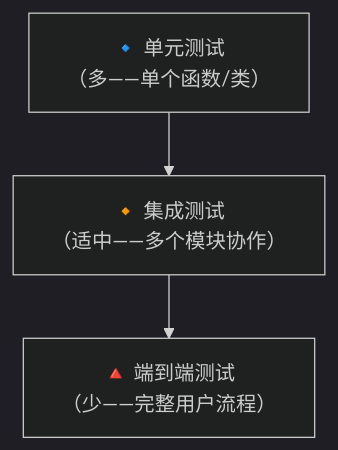
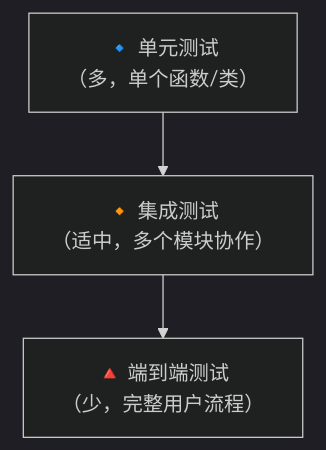
Before and after one commit to PurslaneMa/PurslaneMa.github.io: the first of 2 diagrams in 05-开发工作流/21-依赖构建测试与CI.md, drawn with Mermaid (dark theme). The commit also changed other lines of this file and 480 other files, not shown here.

````diff
--- a/05-开发工作流/21-依赖构建测试与CI.md
+++ b/05-开发工作流/21-依赖构建测试与CI.md
@@ -109,7 +109,7 @@
 ```mermaid
 graph TD
-    E2E["🔺 端到端测试<br/>（少——完整用户流程）"]
-    INT["🔸 集成测试<br/>（适中——多个模块协作）"]
-    UNIT["🔹 单元测试<br/>（多——单个函数/类）"]
+    E2E["🔺 端到端测试<br/>（少，完整用户流程）"]
+    INT["🔸 集成测试<br/>（适中，多个模块协作）"]
+    UNIT["🔹 单元测试<br/>（多，单个函数/类）"]
     UNIT --> INT --> E2E
 ```
````
